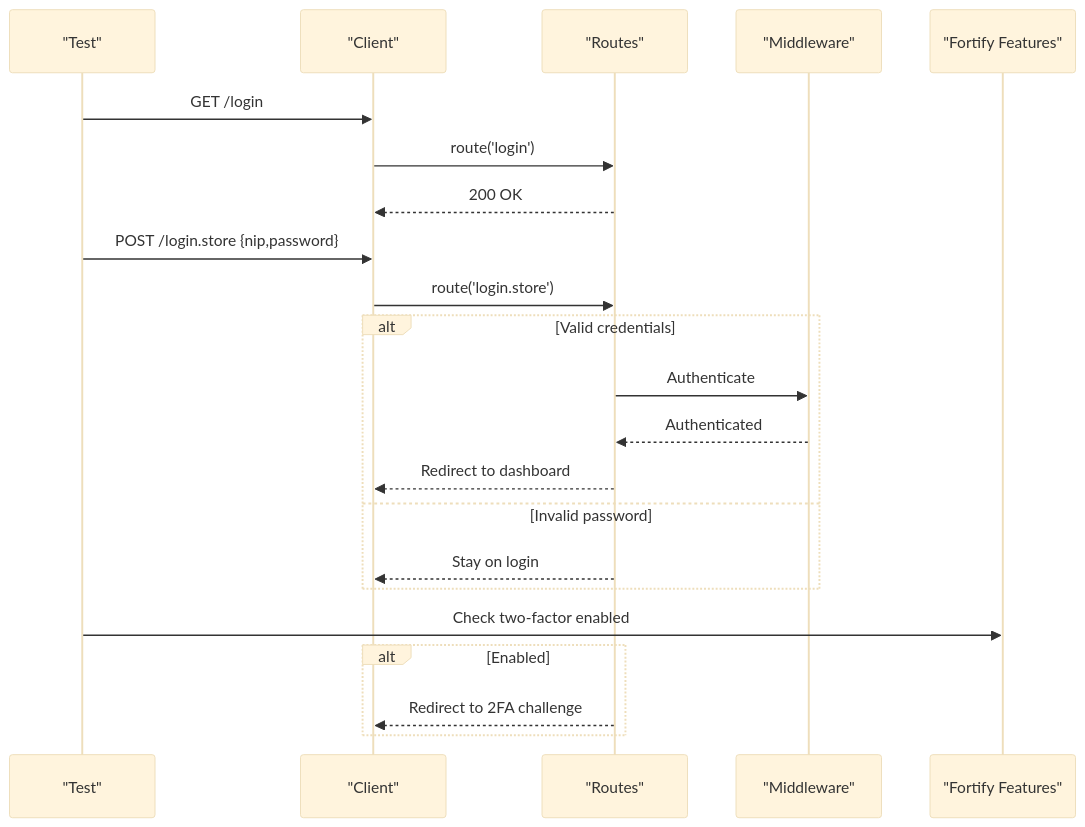
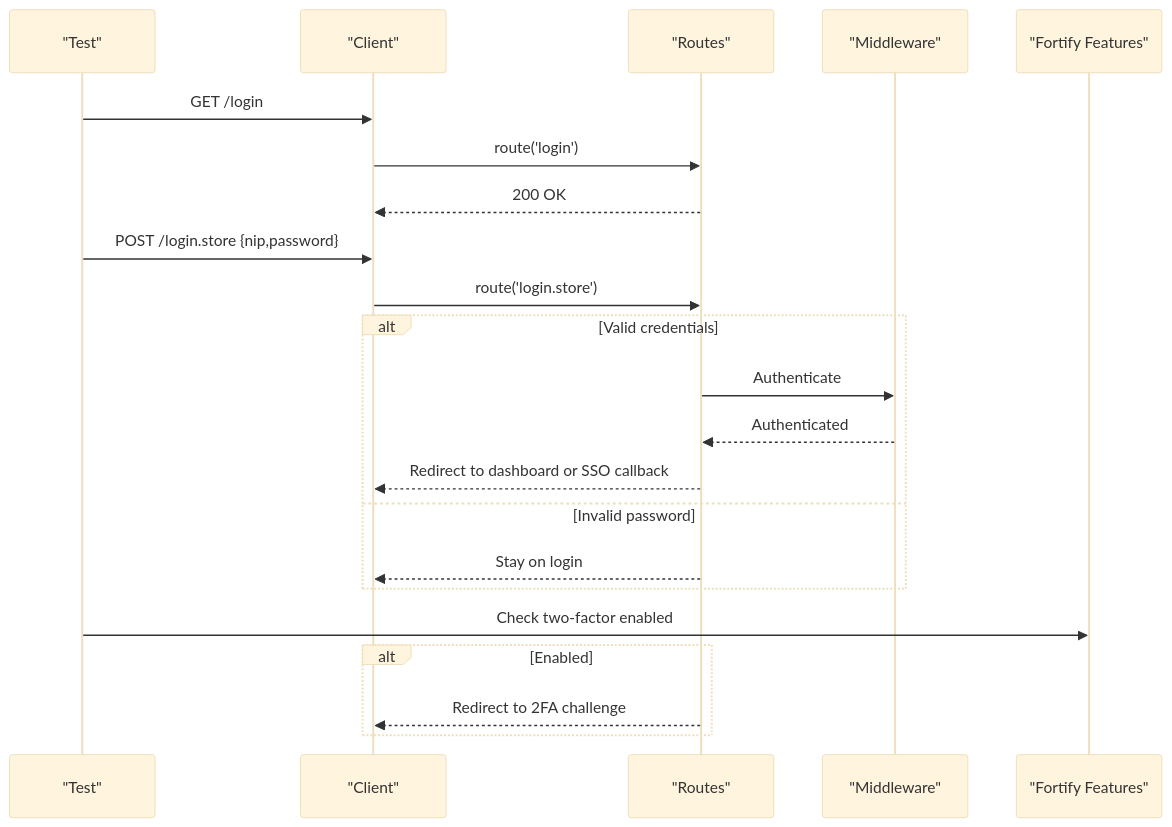
Before and after one commit to PA-Penajam/kepegawaian_apps: the fourth of 12 diagrams in .qoder/repowiki/en/content/Testing Strategy/Testing Strategy.md, drawn with Mermaid (base theme). The commit also changed other lines of this file and 13 other files, not shown here.

````diff
--- a/.qoder/repowiki/en/content/Testing Strategy/Testing Strategy.md
+++ b/.qoder/repowiki/en/content/Testing Strategy/Testing Strategy.md
@@ -163,24 +209,24 @@
 ```mermaid
 sequenceDiagram
 participant T as "Test"
 participant C as "Client"
 participant R as "Routes"
 participant M as "Middleware"
 participant F as "Fortify Features"
 T->>C : GET /login
 C->>R : route('login')
 R-->>C : 200 OK
 T->>C : POST /login.store {nip,password}
 C->>R : route('login.store')
 alt Valid credentials
 R->>M : Authenticate
 M-->>R : Authenticated
-R-->>C : Redirect to dashboard
+R-->>C : Redirect to dashboard or SSO callback
 else Invalid password
 R-->>C : Stay on login
 end
 T->>F : Check two-factor enabled
 alt Enabled
 R-->>C : Redirect to 2FA challenge
 end
 ```
````
